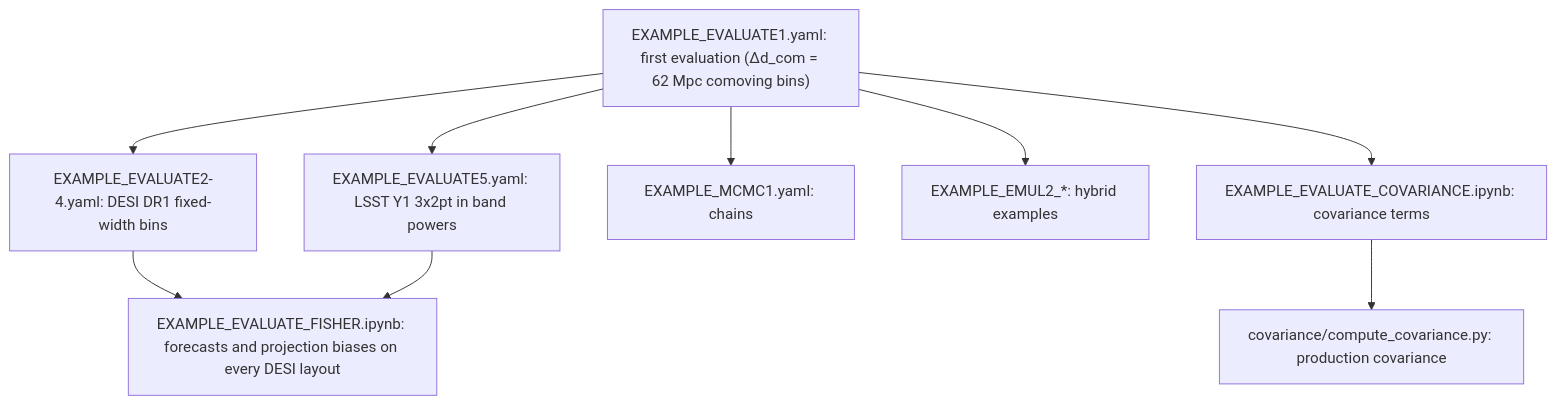
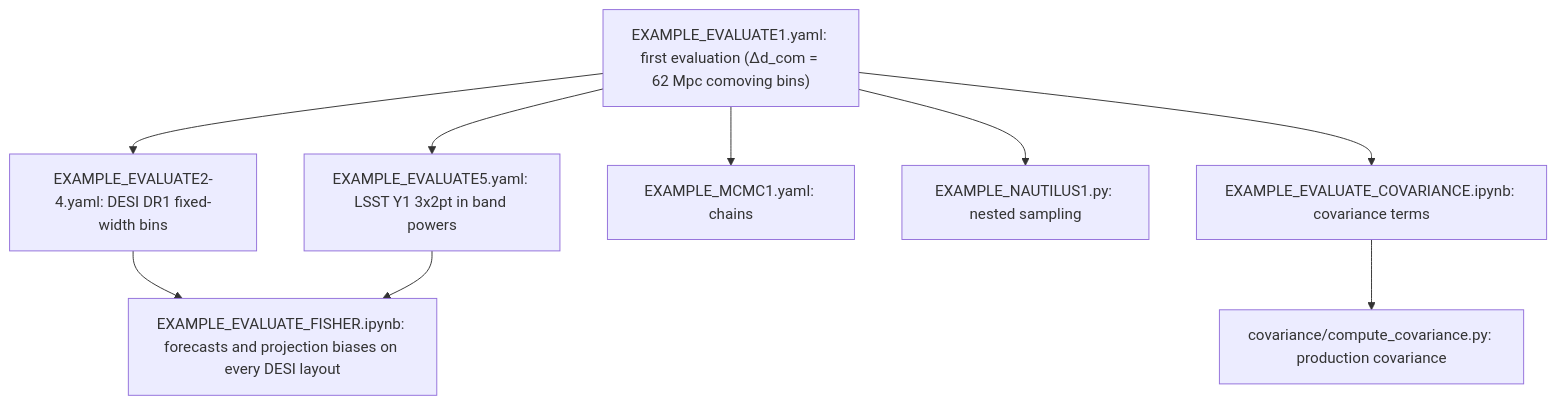
Before and after one commit to SBU-COSMOLIKE/lssty1xdesi: the diagram in README.md, drawn with Mermaid. The commit also changed other lines of this file and 9 other files, not shown here.

First line of the commit message:
Make EXAMPLE_MCMC1 and the Nautilus example the paper model; drop EMUL2

````diff
--- a/README.md
+++ b/README.md
@@ -77,11 +77,11 @@
 ```mermaid
 flowchart TB
   A["EXAMPLE_EVALUATE1.yaml: first evaluation (Δd_com = 62 Mpc comoving bins)"] --> B["EXAMPLE_EVALUATE2-4.yaml: DESI DR1 fixed-width bins"]
   A --> C["EXAMPLE_EVALUATE5.yaml: LSST Y1 3x2pt in band powers"]
   A --> D["EXAMPLE_MCMC1.yaml: chains"]
-  A --> E["EXAMPLE_EMUL2_*: hybrid examples"]
+  A --> E["EXAMPLE_NAUTILUS1.py: nested sampling"]
   A --> F["EXAMPLE_EVALUATE_COVARIANCE.ipynb: covariance terms"]
   F --> G["covariance/compute_covariance.py: production covariance"]
   B --> H["EXAMPLE_EVALUATE_FISHER.ipynb: forecasts and projection biases on every DESI layout"]
   C --> H
 ```
````
